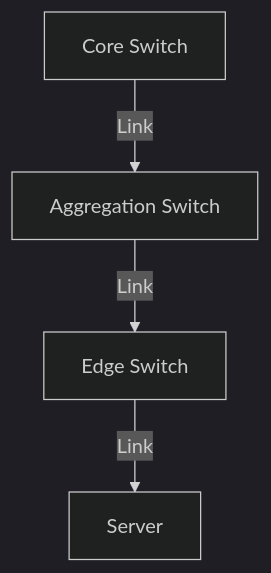
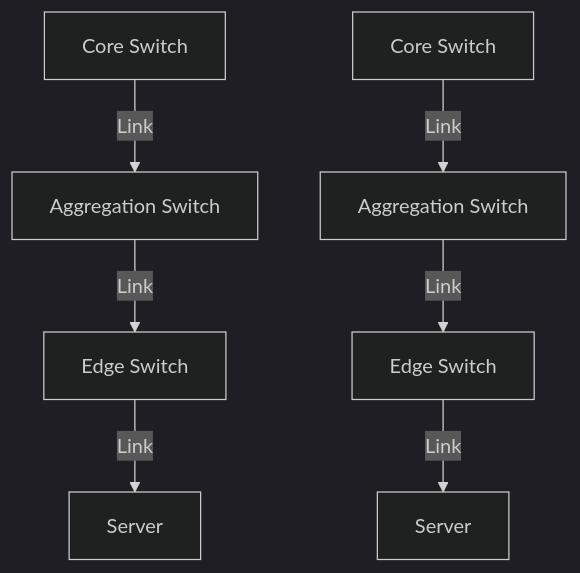
The first of 2 diagrams in ch6/6.6_Data_Center_Networking.md (Attash2312/cntheory), drawn with Mermaid (dark theme) before and after one commit. The commit also changed other lines of this file and 79 other files, not shown here.

````diff
--- a/ch6/6.6_Data_Center_Networking.md
+++ b/ch6/6.6_Data_Center_Networking.md
@@ -22,6 +185,9 @@
 ```mermaid
 graph TD
   A[Core Switch] -- Link --> B[Aggregation Switch]
   B -- Link --> C[Edge Switch]
   C -- Link --> D[Server]
+  E[Core Switch] -- Link --> F[Aggregation Switch]
+  F -- Link --> G[Edge Switch]
+  G -- Link --> H[Server]
 ```
````
